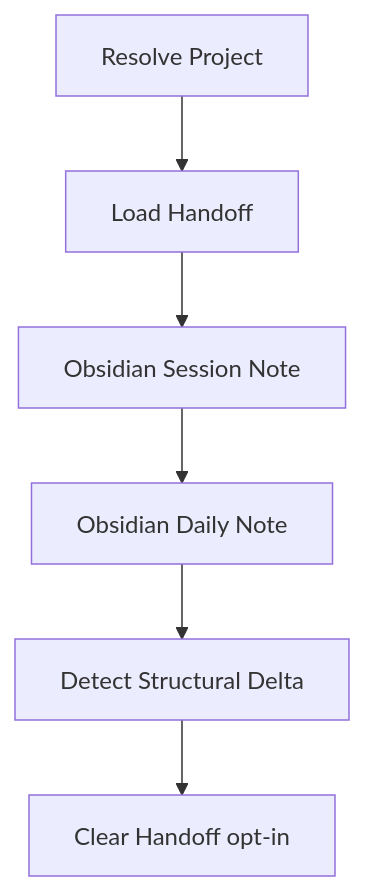
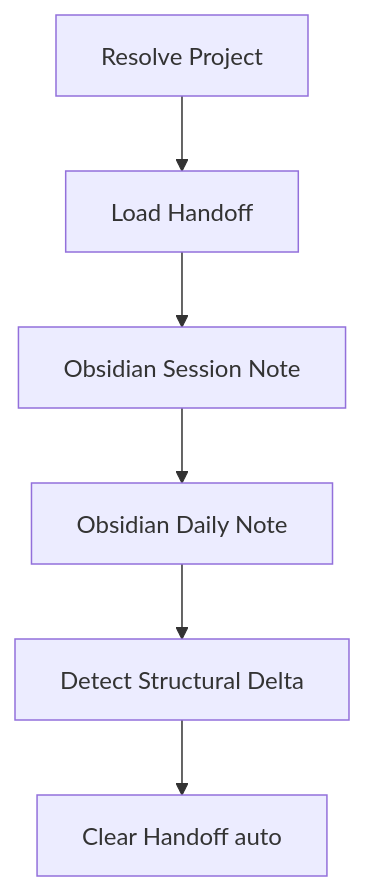
Before and after one commit to adeonir/agent-skills: the diagram in skills/personal/wrap-up/README.md, drawn with Mermaid. The commit also changed other lines of this file, not shown here.

First line of the commit message:
docs: sync wrap-up readme with snapshot load and auto-clear

````diff
--- a/skills/personal/wrap-up/README.md
+++ b/skills/personal/wrap-up/README.md
@@ -7,8 +7,8 @@
 ```mermaid
 flowchart TD
     A[Resolve Project] --> B[Load Handoff]
     B --> C[Obsidian Session Note]
     C --> D[Obsidian Daily Note]
     D --> E[Detect Structural Delta]
-    E --> F[Clear Handoff opt-in]
+    E --> F[Clear Handoff auto]
 ```
````
